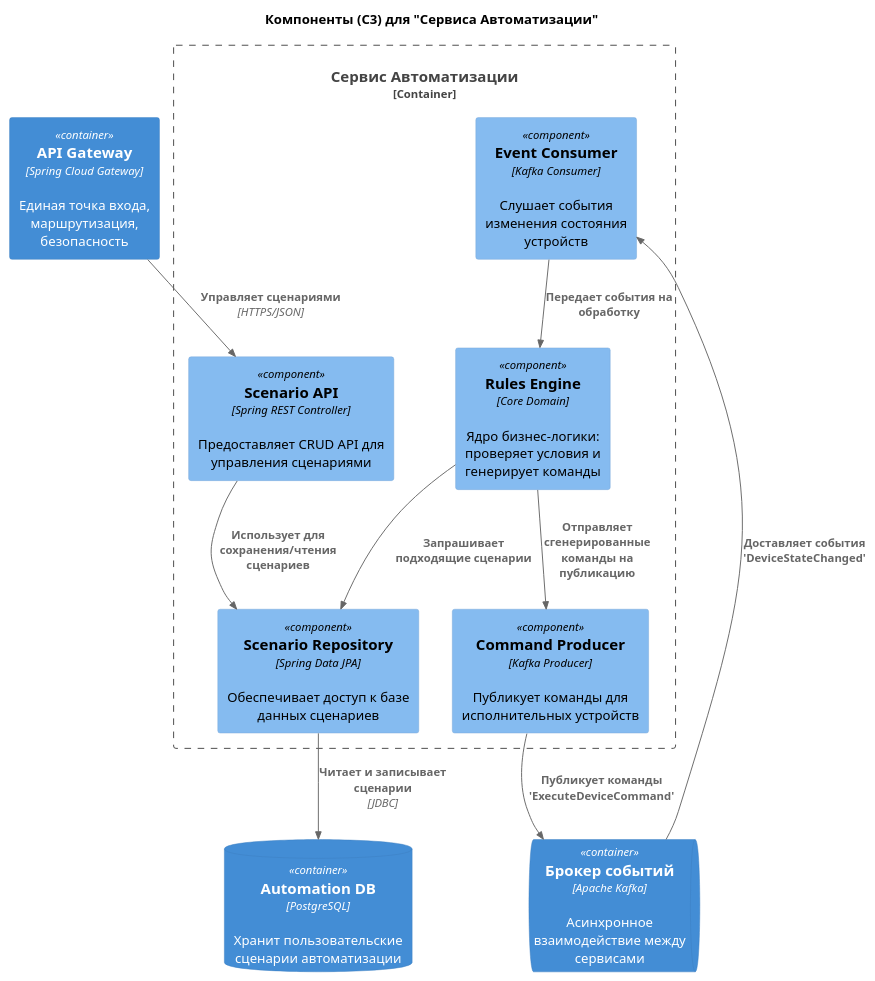
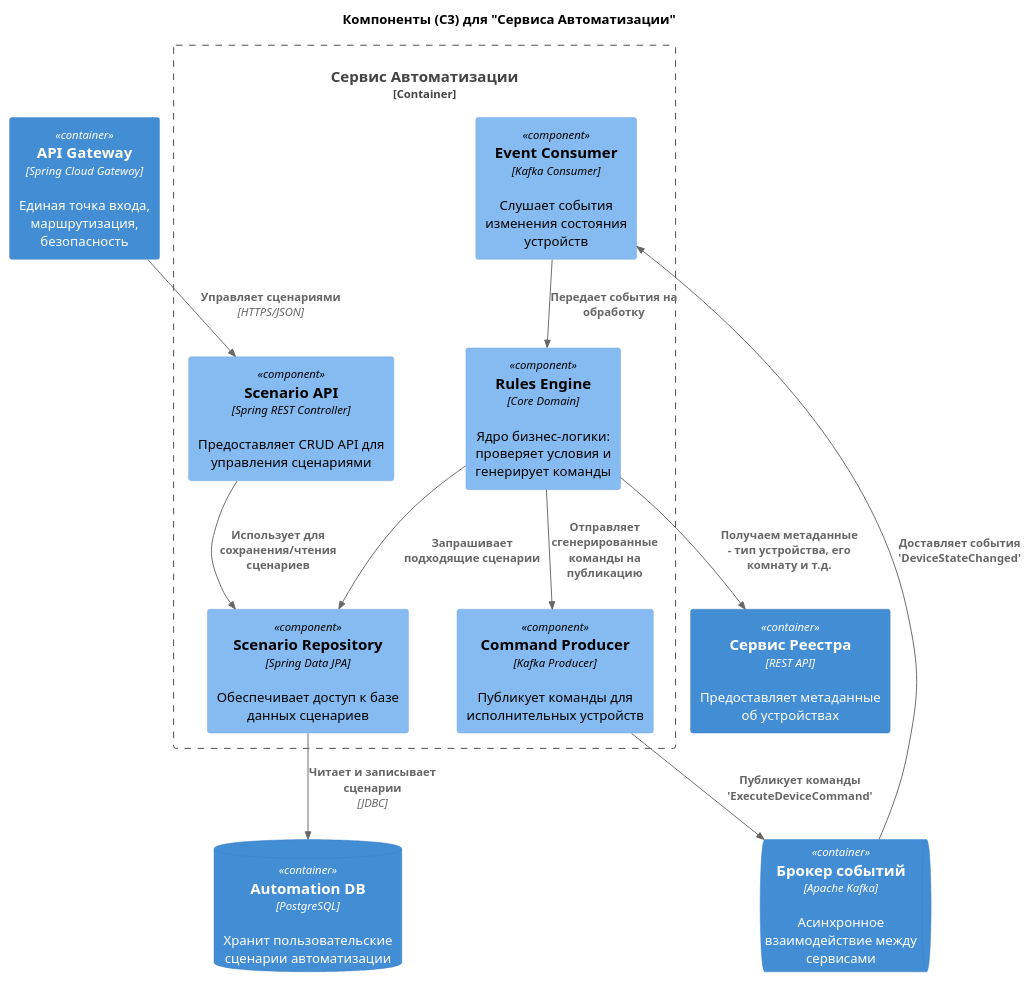
One commit to Manjago/arch-pro-sprint1 changed the diagram in docs/diagrams/C3_Component_ToBe.puml. Above: the diagram before and after it, drawn with PlantUML. The commit also changed 2 other files, not shown here.

Commit message:
rule engine получает метаданные

```diff
--- a/docs/diagrams/C3_Component_ToBe.puml
+++ b/docs/diagrams/C3_Component_ToBe.puml
@@ -1,39 +1,41 @@
 @startuml C3_Component_AutomationService
 title Компоненты (C3) для "Сервиса Автоматизации"
 
 top to bottom direction
 
 !includeurl https://raw.githubusercontent.com/RicardoNiepel/C4-PlantUML/master/C4_Component.puml
 
 ' ВНЕШНИЙ МИР (другие контейнеры) ---
 Container(gateway, "API Gateway", "Spring Cloud Gateway", "Единая точка входа, маршрутизация, безопасность")
 ContainerDb(automation_db, "Automation DB", "PostgreSQL", "Хранит пользовательские сценарии автоматизации")
 ContainerQueue(kafka, "Брокер событий", "Apache Kafka", "Асинхронное взаимодействие между сервисами")
+Container(registry_service, "Сервис Реестра", "REST API", "Предоставляет метаданные об устройствах")
 
 ' СЕРВИС
 Container_Boundary(automation_service, "Сервис Автоматизации") {
 
     ' КОМПОНЕНТЫ ВНУТРИ СЕРВИСА
     Component(api, "Scenario API", "Spring REST Controller", "Предоставляет CRUD API для управления сценариями")
     Component(consumer, "Event Consumer", "Kafka Consumer", "Слушает события изменения состояния устройств")
     Component(engine, "Rules Engine", "Core Domain", "Ядро бизнес-логики: проверяет условия и генерирует команды")
     Component(repository, "Scenario Repository", "Spring Data JPA", "Обеспечивает доступ к базе данных сценариев")
     Component(producer, "Command Producer", "Kafka Producer", "Публикует команды для исполнительных устройств")
 
 }
 
 ' СВЯЗИ
 
 ' ВНЕШНИЕ СВЯЗИ
 Rel(gateway, api, "Управляет сценариями", "HTTPS/JSON")
 Rel(kafka, consumer, "Доставляет события 'DeviceStateChanged'")
 Rel(repository, automation_db, "Читает и записывает сценарии", "JDBC")
 Rel(producer, kafka, "Публикует команды 'ExecuteDeviceCommand'")
+Rel(engine, registry_service, "Получаем метаданные - тип устройства, его комнату и т.д.")
 
 ' ВНУТРЕННИЕ СВЯЗИ
 Rel(api, repository, "Использует для сохранения/чтения сценариев")
 Rel(consumer, engine, "Передает события на обработку")
 Rel(engine, repository, "Запрашивает подходящие сценарии")
 Rel(engine, producer, "Отправляет сгенерированные команды на публикацию")
 
 @enduml
```
